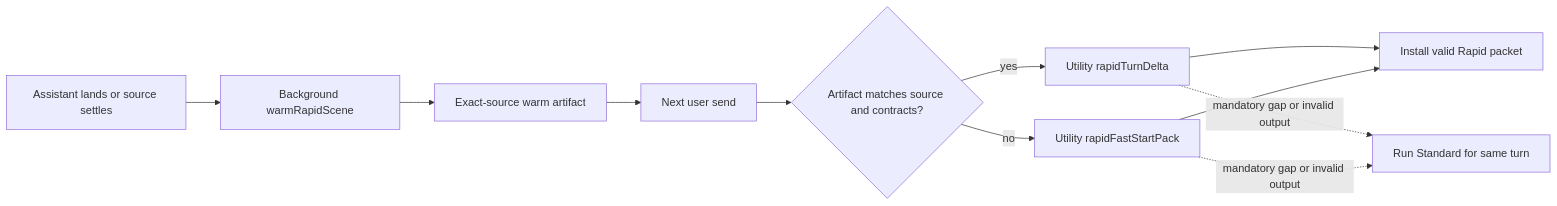
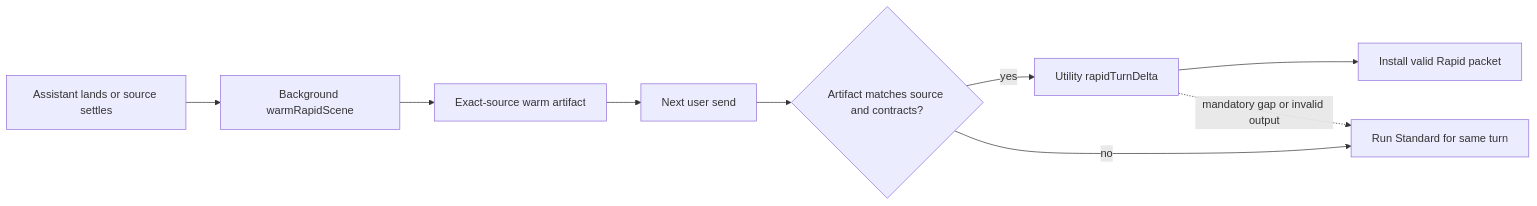
One commit to MentallyQuill/Recursion changed the second of 3 diagrams in docs/user/RECURSION_OPERATOR_MANUAL.md. Above: the diagram before and after it, drawn with Mermaid. The commit also changed other lines of this file and 42 other files, not shown here.

````diff
--- a/docs/user/RECURSION_OPERATOR_MANUAL.md
+++ b/docs/user/RECURSION_OPERATOR_MANUAL.md
@@ -161,13 +161,11 @@
 ```mermaid
 flowchart LR
     Idle["Assistant lands or source settles"] --> Warm["Background warmRapidScene"]
     Warm --> Artifact["Exact-source warm artifact"]
     Artifact --> Send["Next user send"]
     Send --> Check{"Artifact matches source and contracts?"}
     Check -- "yes" --> Delta["Utility rapidTurnDelta"]
-    Check -- "no" --> FastStart["Utility rapidFastStartPack"]
+    Check -- "no" --> Standard["Run Standard for same turn"]
     Delta --> Install["Install valid Rapid packet"]
-    FastStart --> Install
     Delta -. "mandatory gap or invalid output" .-> Standard["Run Standard for same turn"]
-    FastStart -. "mandatory gap or invalid output" .-> Standard
 ```
````
